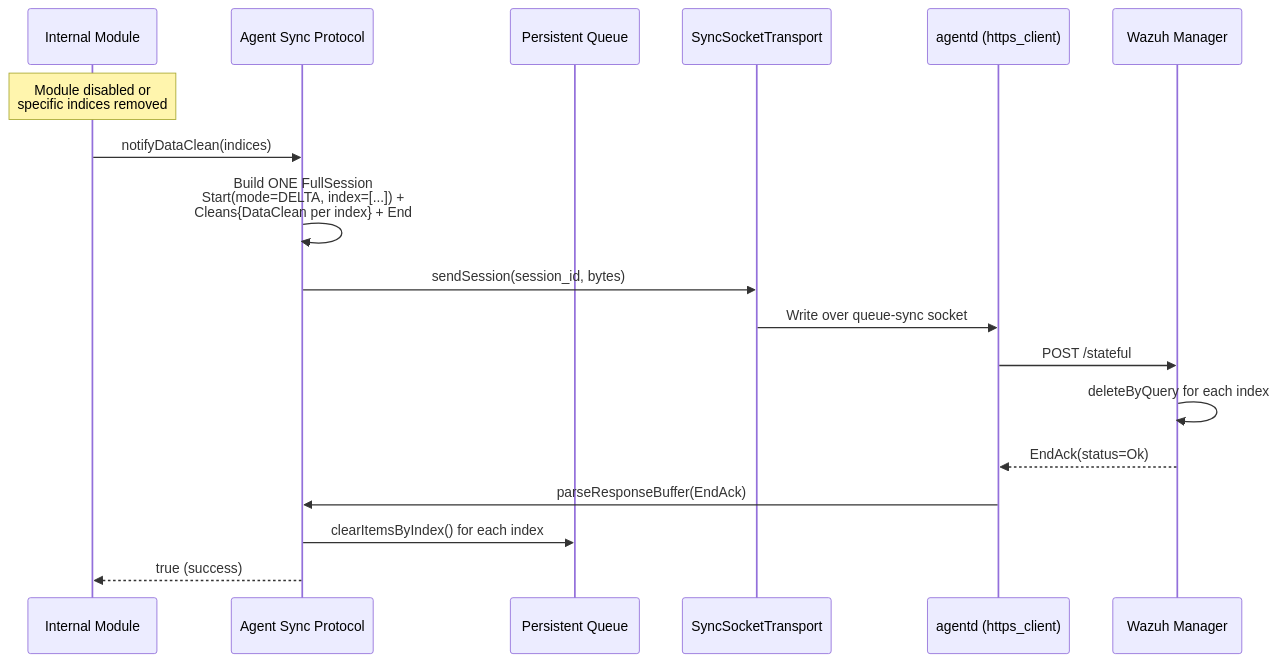
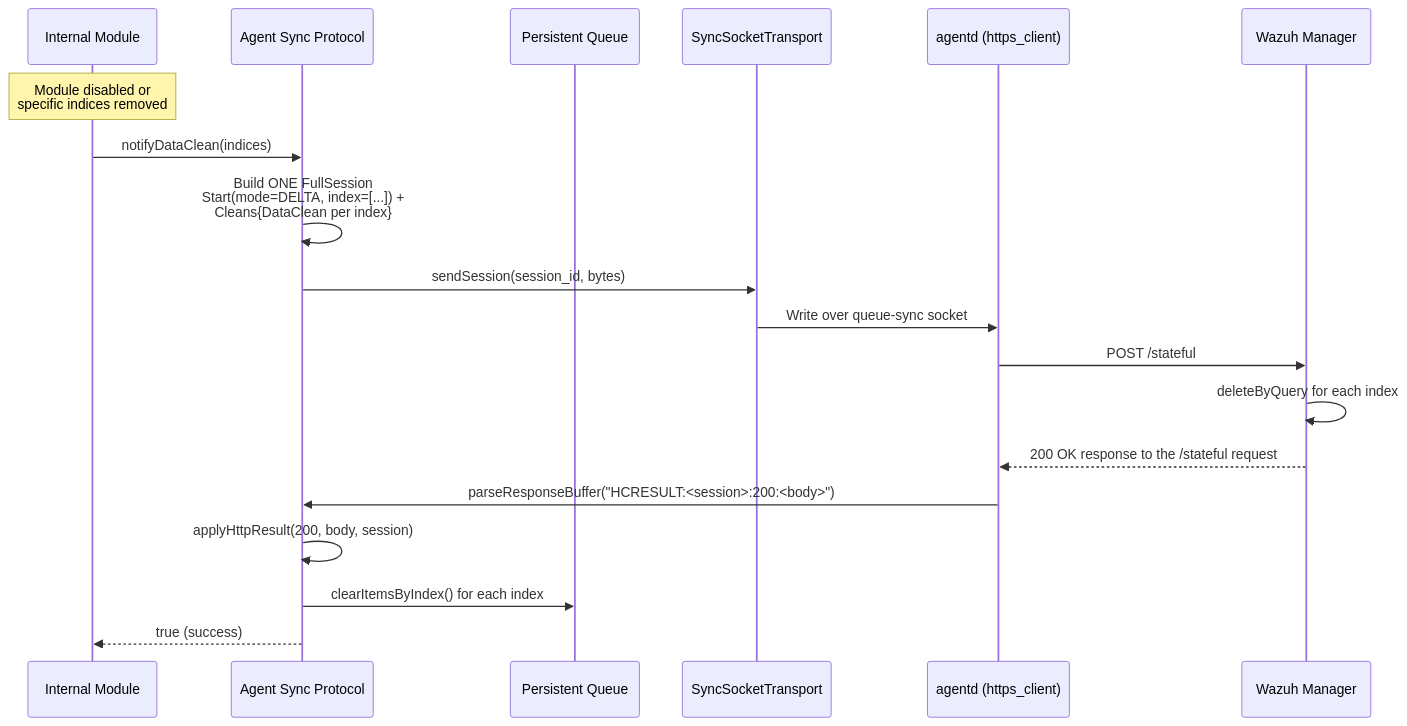
One commit to wazuh/wazuh changed the seventh of 12 diagrams in docs/ref/modules/utils/sync-protocol/sequence-diagrams.md. Above: the diagram before and after it, drawn with Mermaid. The commit also changed other lines of this file and 55 other files, not shown here.

````diff
--- a/docs/ref/modules/utils/sync-protocol/sequence-diagrams.md
+++ b/docs/ref/modules/utils/sync-protocol/sequence-diagrams.md
@@ -169,26 +173,27 @@
 ```mermaid
 sequenceDiagram
     participant Module as Internal Module
     participant ASP as Agent Sync Protocol
     participant Queue as Persistent Queue
     participant Transport as SyncSocketTransport
     participant AD as agentd (https_client)
     participant Manager as Wazuh Manager
 
     Note over Module: Module disabled or<br/>specific indices removed
 
     Module->>ASP: notifyDataClean(indices)
 
-    ASP->>ASP: Build ONE FullSession<br/>Start(mode=DELTA, index=[...]) +<br/>Cleans{DataClean per index} + End
+    ASP->>ASP: Build ONE FullSession<br/>Start(mode=DELTA, index=[...]) +<br/>Cleans{DataClean per index}
     ASP->>Transport: sendSession(session_id, bytes)
     Transport->>AD: Write over queue-sync socket
     AD->>Manager: POST /stateful
 
     Manager->>Manager: deleteByQuery for each index
 
-    Manager-->>AD: EndAck(status=Ok)
-    AD->>ASP: parseResponseBuffer(EndAck)
+    Manager-->>AD: 200 OK response to the /stateful request
+    AD->>ASP: parseResponseBuffer("HCRESULT:<session>:200:<body>")
+    ASP->>ASP: applyHttpResult(200, body, session)
     ASP->>Queue: clearItemsByIndex() for each index
 
     ASP-->>Module: true (success)
 ```
````
